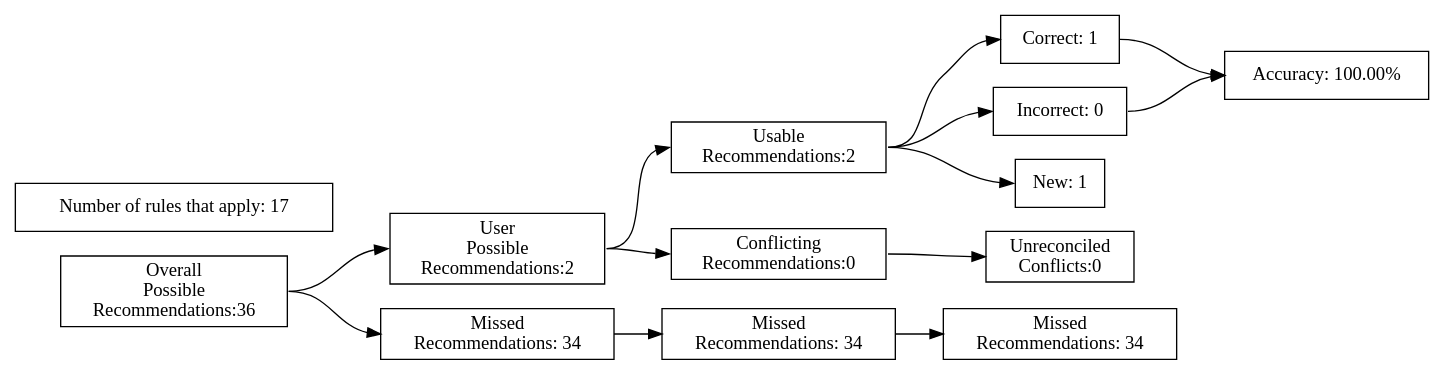
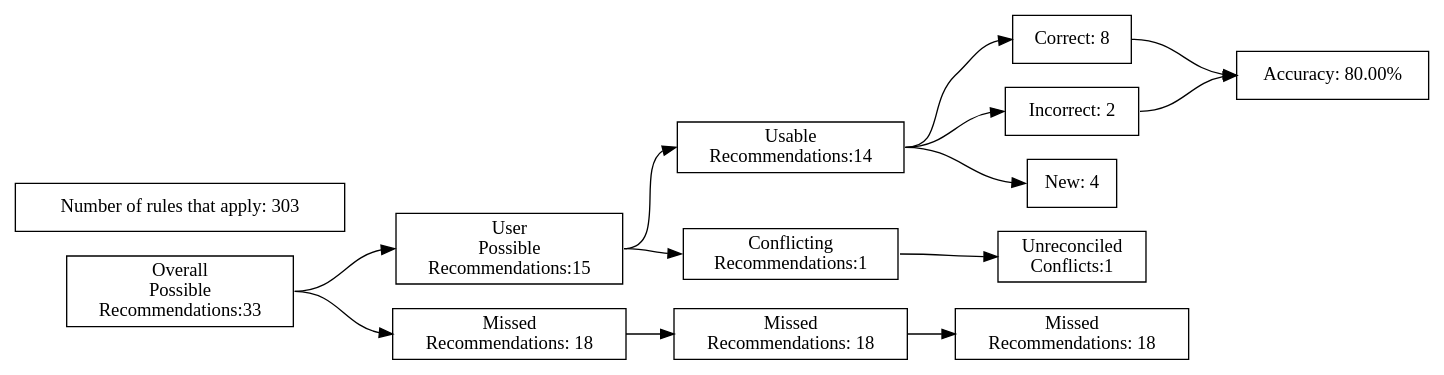
Before and after one commit to ZaxR/ibd_diet_analysis: the diagram in test_renders/9.gv, drawn with Graphviz. The commit also changed 228 other files, not shown here.

```diff
--- a/test_renders/9.gv
+++ b/test_renders/9.gv
@@ -1,40 +1,40 @@
 digraph {
 	graph [rankdir=LR]
 	node [pos=r shape=box]
 	edge [headport=w tailport=e]
 		A [label="Overall
 Possible
-Recommendations:36"]
+Recommendations:33"]
 		B [label="User
 Possible
-Recommendations:2"]
+Recommendations:15"]
 		C [label="Missed
-Recommendations: 34"]
+Recommendations: 18"]
 		D [label="Usable
-Recommendations:2"]
+Recommendations:14"]
 		E [label="Conflicting
-Recommendations:0"]
+Recommendations:1"]
 		J [label="Missed
-Recommendations: 34"]
+Recommendations: 18"]
 		M [label="Unreconciled
-Conflicts:0"]
-		F [label="Correct: 1"]
-		G [label="Incorrect: 0"]
-		H [label="New: 1"]
+Conflicts:1"]
+		F [label="Correct: 8"]
+		G [label="Incorrect: 2"]
+		H [label="New: 4"]
 		K [label="Missed
-Recommendations: 34"]
-		I [label="Accuracy: 100.00%"]
-		l [label="Number of rules that apply: 17"]
+Recommendations: 18"]
+		I [label="Accuracy: 80.00%"]
+		l [label="Number of rules that apply: 303"]
 			A -> B
 			A -> C
 			B -> D
 			B -> E
 			D -> F
 			D -> G
 			D -> H
 			F -> I
 			G -> I
 			C -> J
 			J -> K
 			E -> M
 }
```
